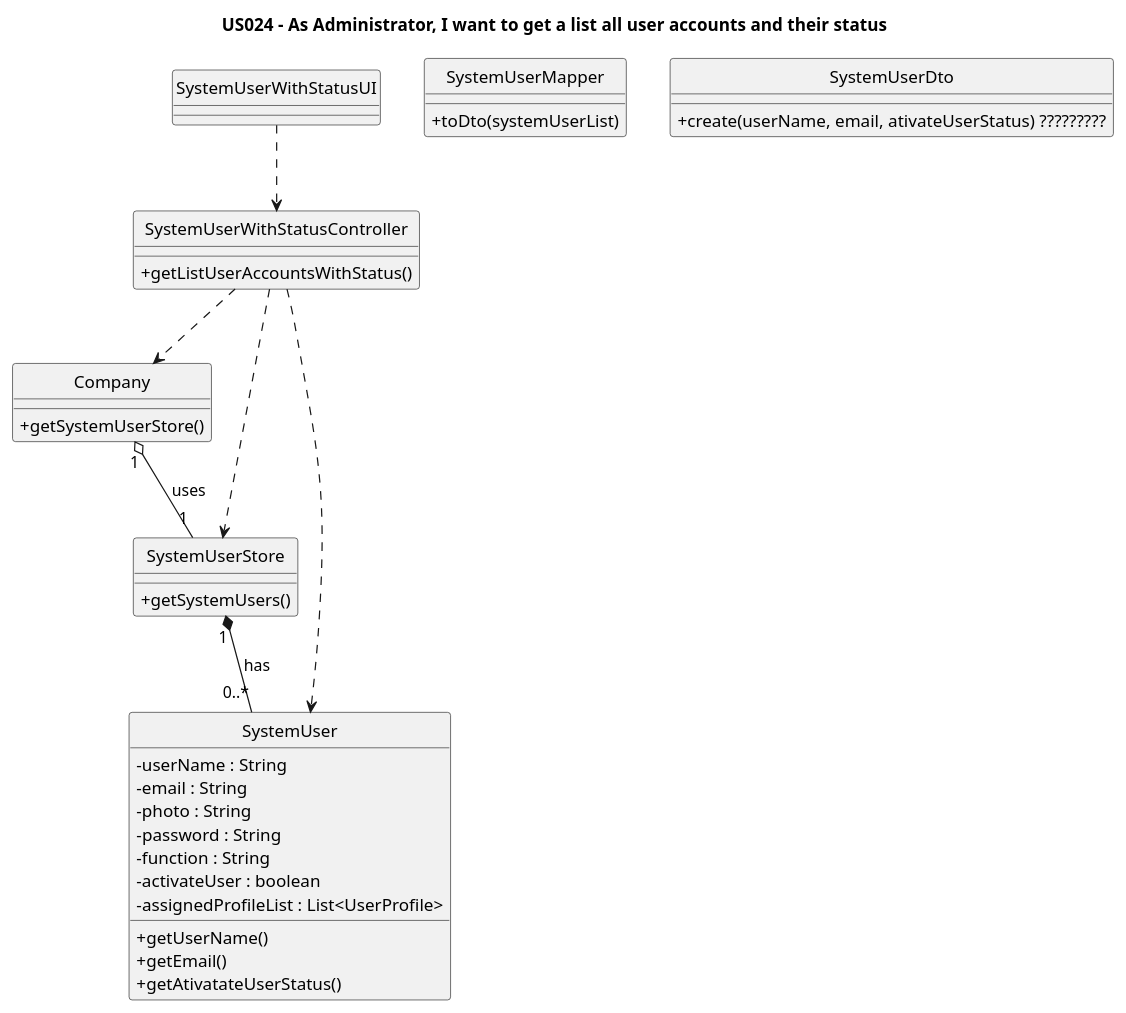
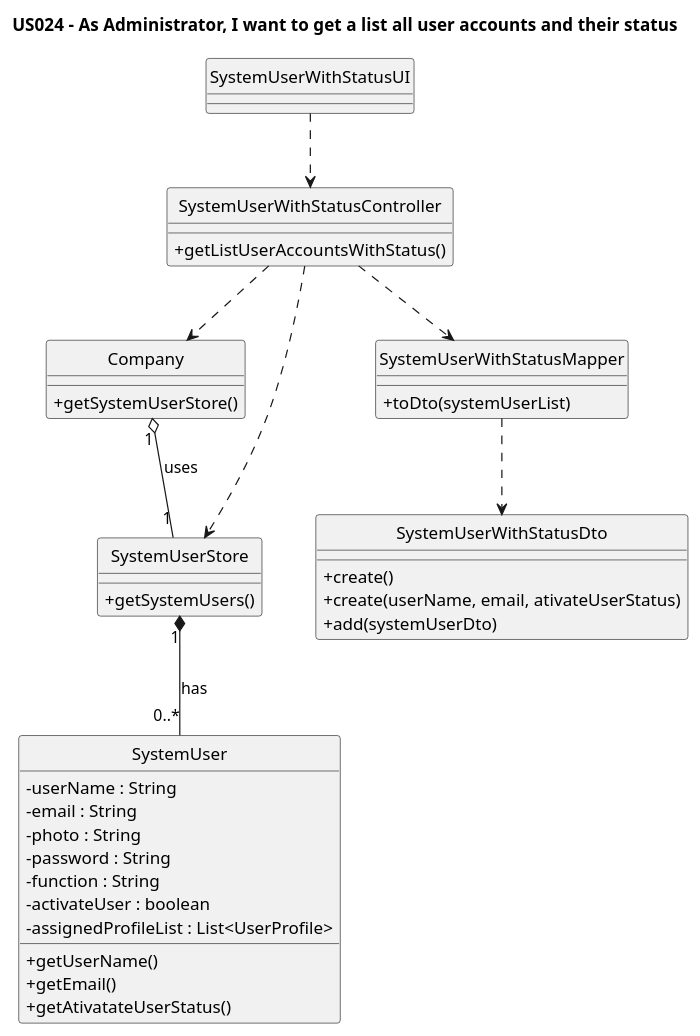
One commit to nunogon1211787/projectManagement changed the diagram in docs/Sprint3/US024/US024-CD.puml. Above: the diagram before and after it, drawn with PlantUML. The commit also changed 6 other files, not shown here.

```diff
--- a/docs/Sprint3/US024/US024-CD.puml
+++ b/docs/Sprint3/US024/US024-CD.puml
@@ -1,58 +1,62 @@
 @startuml
 'https://plantuml.com/class-diagram
 
 hide circle
 skinparam classAttributeIconSize 0
 
 title US024 - As Administrator, I want to get a list all user accounts and their status
 
 class SystemUserWithStatusUI {
 
 }
 
 class SystemUserWithStatusController {
     +getListUserAccountsWithStatus()
 
 }
 
 class Company {
     +getSystemUserStore()
 }
 
 class SystemUserStore {
 +getSystemUsers()
 }
 
-class SystemUserMapper{
+class SystemUserWithStatusMapper{
 +toDto(systemUserList)
 }
 
 class SystemUser {
 -userName : String
 -email : String
 -photo : String
 -password : String
 -function : String
 -activateUser : boolean
 -assignedProfileList : List<UserProfile>
 +getUserName()
 +getEmail()
 +getAtivatateUserStatus()
 }
 
-class SystemUserDto {
-+create(userName, email, ativateUserStatus) ?????????
+class SystemUserWithStatusDto {
++create()
++create(userName, email, ativateUserStatus)
++add(systemUserDto)
 
 }
 
 SystemUserWithStatusUI ..> SystemUserWithStatusController
 
 SystemUserWithStatusController ..> Company
 SystemUserWithStatusController ..> SystemUserStore
-SystemUserWithStatusController ..> SystemUser
+SystemUserWithStatusController ..> SystemUserWithStatusMapper
+SystemUserWithStatusMapper ..> SystemUserWithStatusDto
+
 
 
 Company "1" o-- "1" SystemUserStore: uses
 SystemUserStore "1" *-- "0..*" SystemUser: has
 
 @enduml
```
